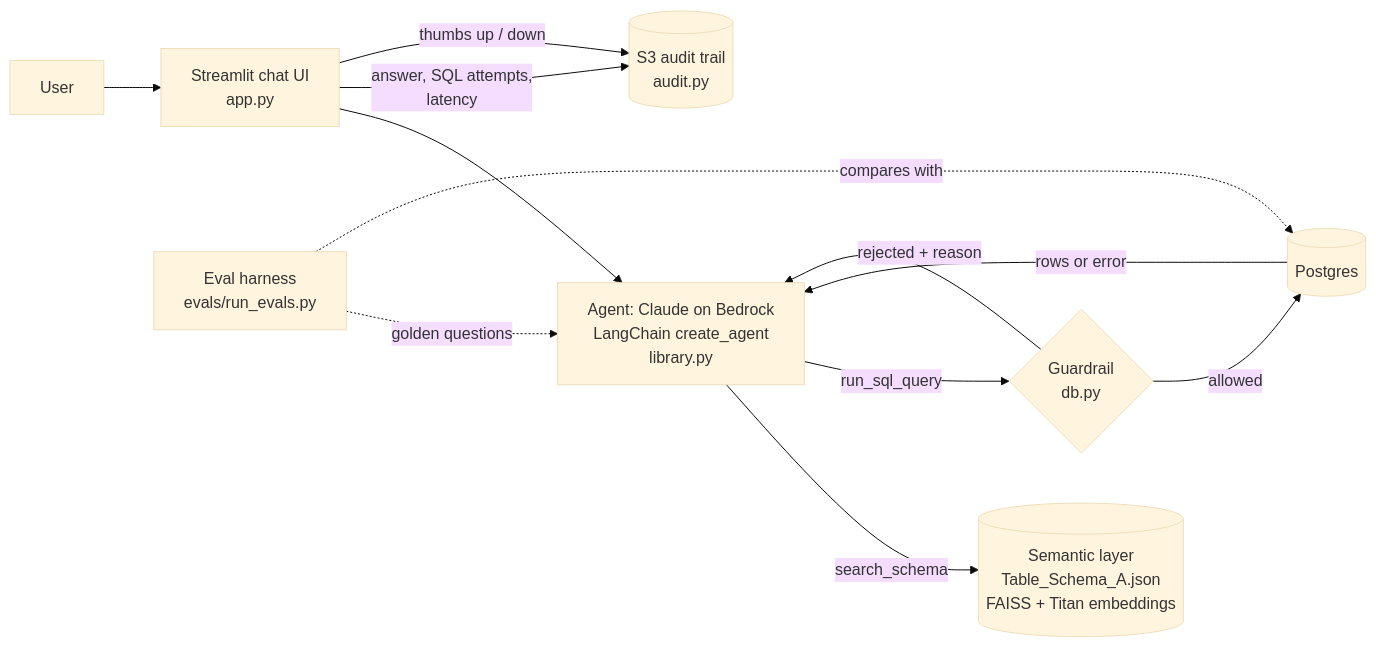
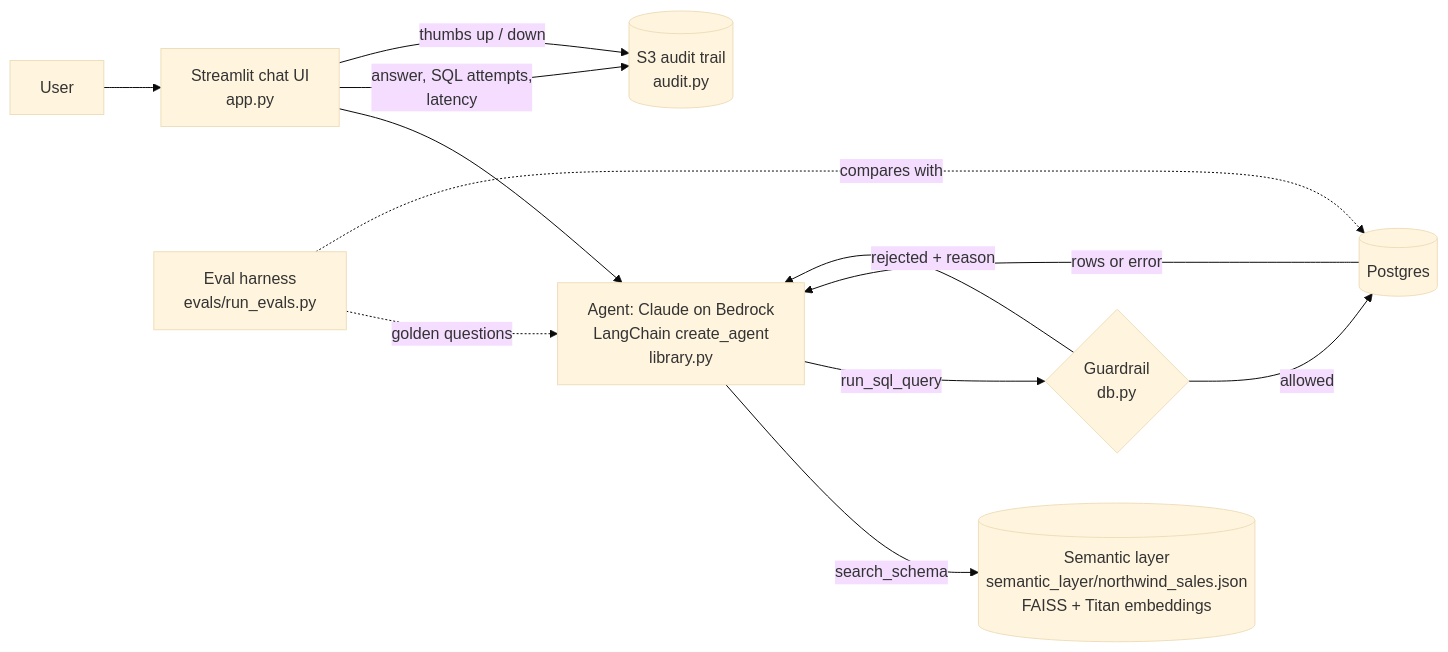
One commit to XiaotongShi-create/ai_query_rag changed the diagram in README.md. Above: the diagram before and after it, drawn with Mermaid (base theme). The commit also changed other lines of this file and 5 other files, not shown here.

First line of the commit message:
Rename Table_Schema_A.json to semantic_layer/northwind_sales.json

````diff
--- a/README.md
+++ b/README.md
@@ -13,14 +13,14 @@
 ```mermaid
 flowchart LR
     U[User] --> UI[Streamlit chat UI<br/>app.py]
     UI --> A[Agent: Claude on Bedrock<br/>LangChain create_agent<br/>library.py]
-    A -- search_schema --> SL[(Semantic layer<br/>Table_Schema_A.json<br/>FAISS + Titan embeddings)]
+    A -- search_schema --> SL[(Semantic layer<br/>semantic_layer/northwind_sales.json<br/>FAISS + Titan embeddings)]
     A -- run_sql_query --> G{Guardrail<br/>db.py}
     G -- allowed --> DB[(Postgres)]
     G -- rejected + reason --> A
     DB -- rows or error --> A
     UI -- answer, SQL attempts,<br/>latency --> AU[(S3 audit trail<br/>audit.py)]
     UI -- thumbs up / down --> AU
     EV[Eval harness<br/>evals/run_evals.py] -. golden questions .-> A
     EV -. compares with .-> DB
 ```
````
